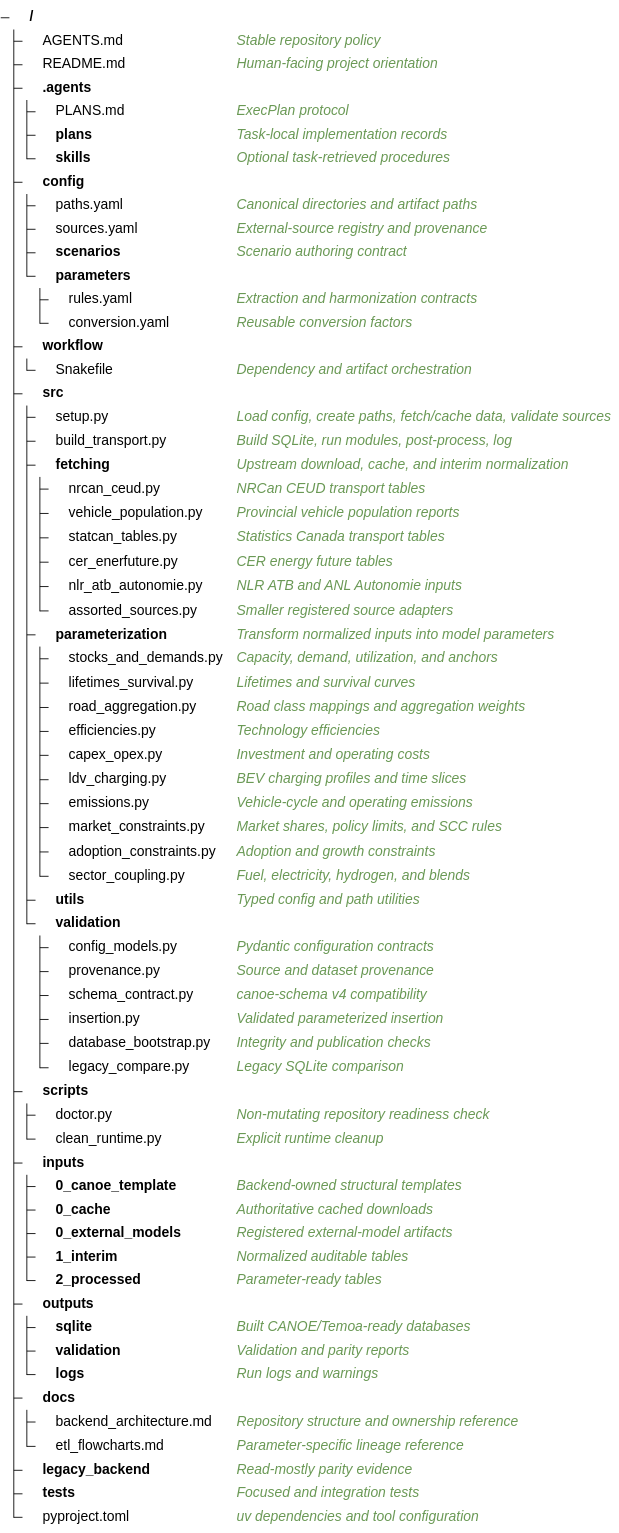
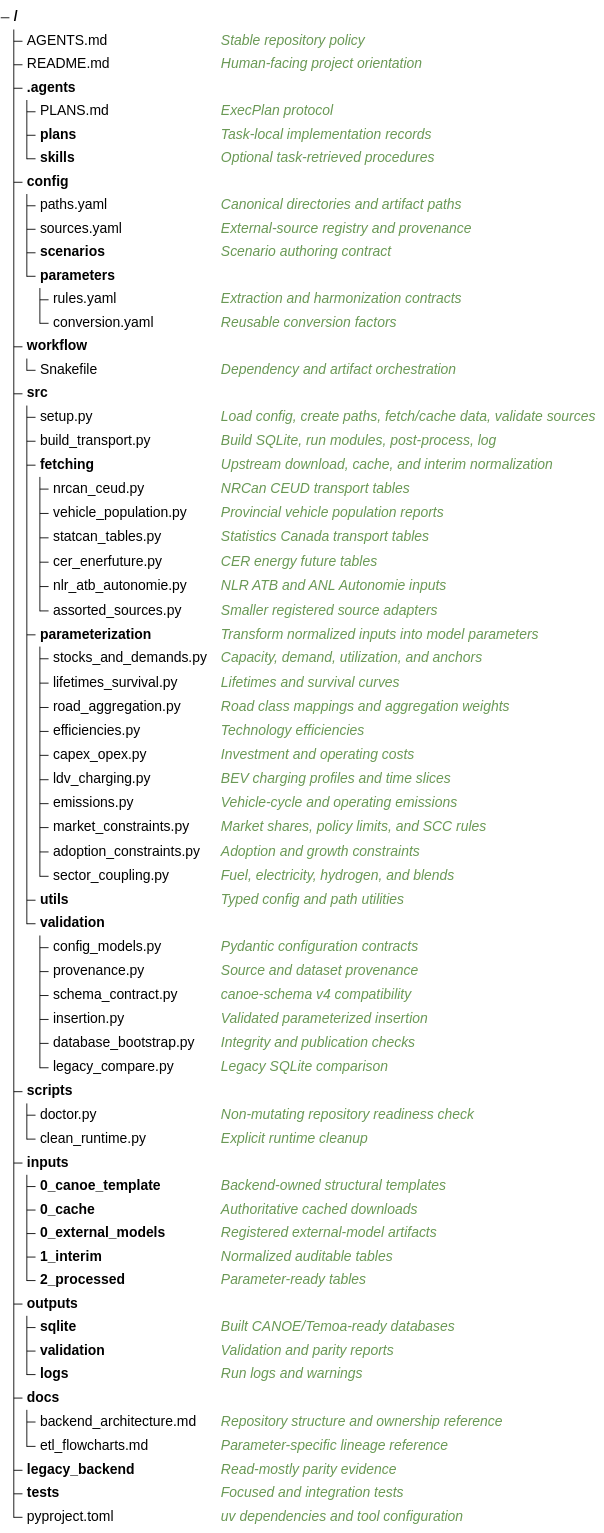
The second of 11 diagrams in README.md (CANOE-main/canoe-transportation), drawn with Mermaid before and after one commit.

Commit message:
fix: update treeView configuration to hide icons

````diff
--- a/README.md
+++ b/README.md
@@ -98,71 +98,71 @@
 ```mermaid
 ---
 config:
   treeView:
-    showIcons: true
+    showIcons: false
 ---
 treeView-beta
   AGENTS.md ## Stable repository policy
   README.md ## Human-facing project orientation
   .agents/
       PLANS.md ## ExecPlan protocol
       plans/ ## Task-local implementation records
       skills/ ## Optional task-retrieved procedures
   config/
       paths.yaml ## Canonical directories and artifact paths
       sources.yaml ## External-source registry and provenance
       scenarios/ ## Scenario authoring contract
       parameters/
           rules.yaml ## Extraction and harmonization contracts
           conversion.yaml ## Reusable conversion factors
   workflow/
       Snakefile ## Dependency and artifact orchestration
   src/
       setup.py ## Load config, create paths, fetch/cache data, validate sources
       build_transport.py ## Build SQLite, run modules, post-process, log
       fetching/ ## Upstream download, cache, and interim normalization
           nrcan_ceud.py ## NRCan CEUD transport tables
           vehicle_population.py ## Provincial vehicle population reports
           statcan_tables.py ## Statistics Canada transport tables
           cer_enerfuture.py ## CER energy future tables
           nlr_atb_autonomie.py ## NLR ATB and ANL Autonomie inputs
           assorted_sources.py ## Smaller registered source adapters
       parameterization/ ## Transform normalized inputs into model parameters
           stocks_and_demands.py ## Capacity, demand, utilization, and anchors
           lifetimes_survival.py ## Lifetimes and survival curves
           road_aggregation.py ## Road class mappings and aggregation weights
           efficiencies.py ## Technology efficiencies
           capex_opex.py ## Investment and operating costs
           ldv_charging.py ## BEV charging profiles and time slices
           emissions.py ## Vehicle-cycle and operating emissions
           market_constraints.py ## Market shares, policy limits, and SCC rules
           adoption_constraints.py ## Adoption and growth constraints
           sector_coupling.py ## Fuel, electricity, hydrogen, and blends
       utils/ ## Typed config and path utilities
       validation/
           config_models.py ## Pydantic configuration contracts
           provenance.py ## Source and dataset provenance
           schema_contract.py ## canoe-schema v4 compatibility
           insertion.py ## Validated parameterized insertion
           database_bootstrap.py ## Integrity and publication checks
           legacy_compare.py ## Legacy SQLite comparison
   scripts/
       doctor.py ## Non-mutating repository readiness check
       clean_runtime.py ## Explicit runtime cleanup
   inputs/
       0_canoe_template/ ## Backend-owned structural templates
       0_cache/ ## Authoritative cached downloads
       0_external_models/ ## Registered external-model artifacts
       1_interim/ ## Normalized auditable tables
       2_processed/ ## Parameter-ready tables
   outputs/
       sqlite/ ## Built CANOE/Temoa-ready databases
       validation/ ## Validation and parity reports
       logs/ ## Run logs and warnings
   docs/
       backend_architecture.md ## Repository structure and ownership reference
       etl_flowcharts.md ## Parameter-specific lineage reference
   legacy_backend/ ## Read-mostly parity evidence
   tests/ ## Focused and integration tests
   pyproject.toml ## uv dependencies and tool configuration
 ```
````
